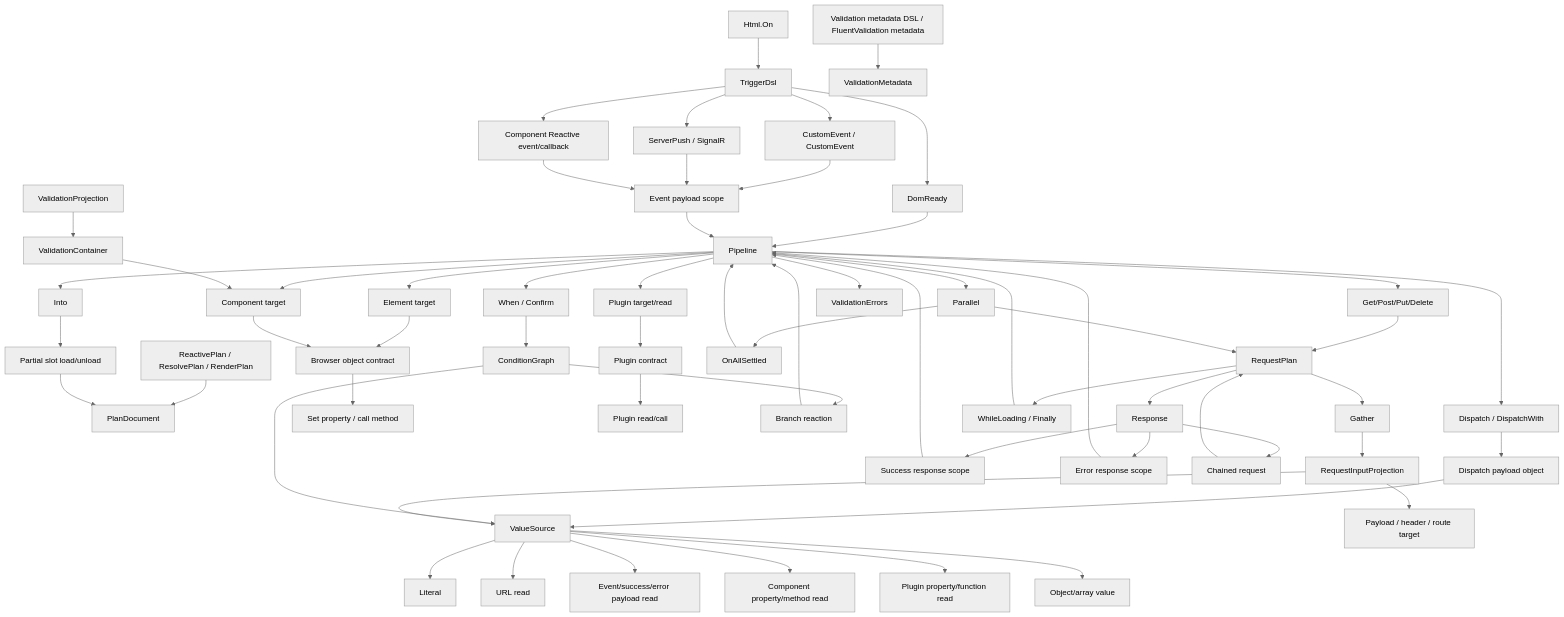
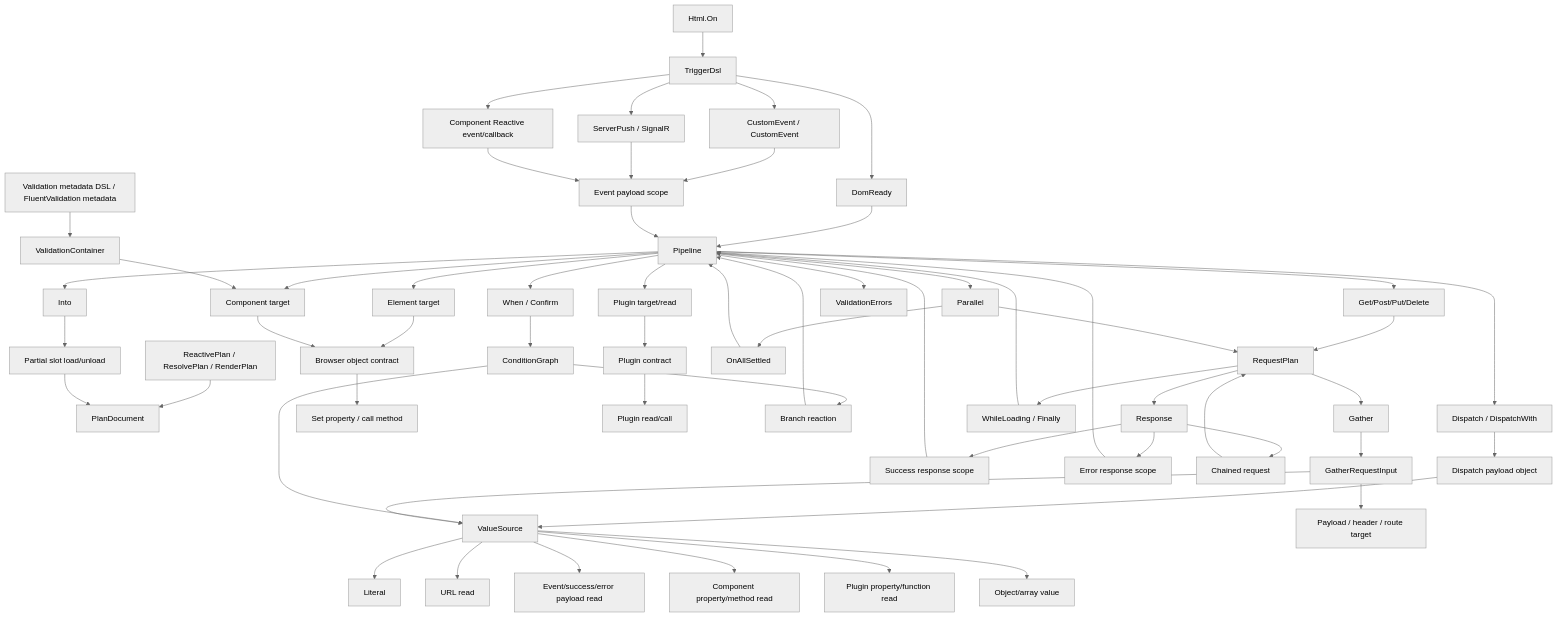
Before and after one commit to marafiq/alis-reactive: the fourth of 10 diagrams in docs/reactive-plan-source-blueprint.md, drawn with Mermaid (neutral theme). The commit also changed other lines of this file and 2 other files, not shown here.

Commit message:
Remove stale projection vocabulary

````diff
--- a/docs/reactive-plan-source-blueprint.md
+++ b/docs/reactive-plan-source-blueprint.md
@@ -173,73 +172,72 @@
 ```mermaid
 flowchart TD
     PlanDsl[ReactivePlan / ResolvePlan / RenderPlan] --> PlanDocument
     HtmlOn[Html.On] --> TriggerDsl
 
     TriggerDsl --> DomReady[DomReady]
     TriggerDsl --> DocumentEvent[CustomEvent / CustomEvent<T>]
     TriggerDsl --> RemoteEvent[ServerPush / SignalR]
     TriggerDsl --> ComponentEvent[Component Reactive event/callback]
 
     DomReady --> Pipeline
     DocumentEvent --> EventScope[Event payload scope]
     RemoteEvent --> EventScope
     ComponentEvent --> EventScope
     EventScope --> Pipeline
 
     Pipeline --> ElementDsl[Element target]
     Pipeline --> ComponentDsl[Component target]
     Pipeline --> PluginDsl[Plugin target/read]
     Pipeline --> DispatchDsl[Dispatch / DispatchWith]
     Pipeline --> ConditionDsl[When / Confirm]
     Pipeline --> RequestDsl[Get/Post/Put/Delete]
     Pipeline --> ParallelDsl[Parallel]
     Pipeline --> InjectDsl[Into]
     Pipeline --> ValidationDisplay[ValidationErrors]
 
     ElementDsl --> ObjectContract[Browser object contract]
     ComponentDsl --> ObjectContract
     PluginDsl --> PluginContract[Plugin contract]
     ObjectContract --> SetCall[Set property / call method]
     PluginContract --> PluginReadCall[Plugin read/call]
 
     DispatchDsl --> DispatchPayload[Dispatch payload object]
     DispatchPayload --> ValueSource
 
     ConditionDsl --> ConditionGraph
     ConditionGraph --> ValueSource
     ConditionGraph --> BranchReaction[Branch reaction]
     BranchReaction --> Pipeline
 
     RequestDsl --> RequestPlan
     RequestPlan --> GatherDsl[Gather]
     RequestPlan --> RequestStages[WhileLoading / Finally]
     RequestPlan --> ResponseDsl[Response]
     RequestStages --> Pipeline
     ResponseDsl --> SuccessScope[Success response scope]
     ResponseDsl --> ErrorScope[Error response scope]
     SuccessScope --> Pipeline
     ErrorScope --> Pipeline
     ResponseDsl --> ChainedRequest[Chained request]
     ChainedRequest --> RequestPlan
     ParallelDsl --> RequestPlan
     ParallelDsl --> AllSettled[OnAllSettled]
     AllSettled --> Pipeline
 
-    GatherDsl --> RequestInputProjection
-    RequestInputProjection --> RequestTarget[Payload / header / route target]
-    RequestInputProjection --> ValueSource
+    GatherDsl --> GatherRequestInput
+    GatherRequestInput --> RequestTarget[Payload / header / route target]
+    GatherRequestInput --> ValueSource
 
     ValueSource --> Literal[Literal]
     ValueSource --> UrlRead[URL read]
     ValueSource --> PayloadRead[Event/success/error payload read]
     ValueSource --> ComponentRead[Component property/method read]
     ValueSource --> PluginRead[Plugin property/function read]
     ValueSource --> ObjectArray[Object/array value]
 
     InjectDsl --> PartialSlot[Partial slot load/unload]
     PartialSlot --> PlanDocument
 
-    ValidationDsl[Validation metadata DSL / FluentValidation metadata] --> ValidationMetadata
-    ValidationProjection --> ValidationContainer
+    ValidationDsl[Validation metadata DSL / FluentValidation metadata] --> ValidationContainer
     ValidationContainer --> ComponentDsl
 ```
````
